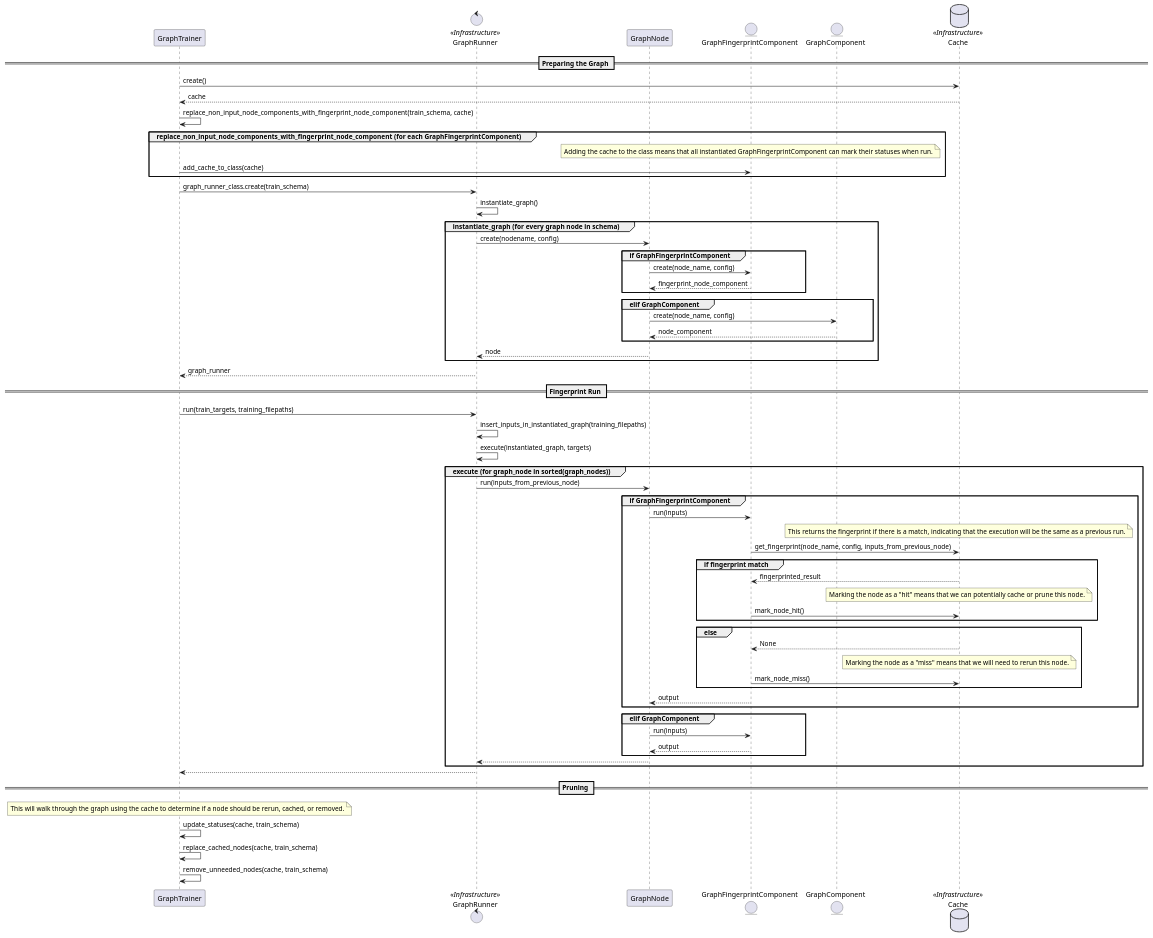
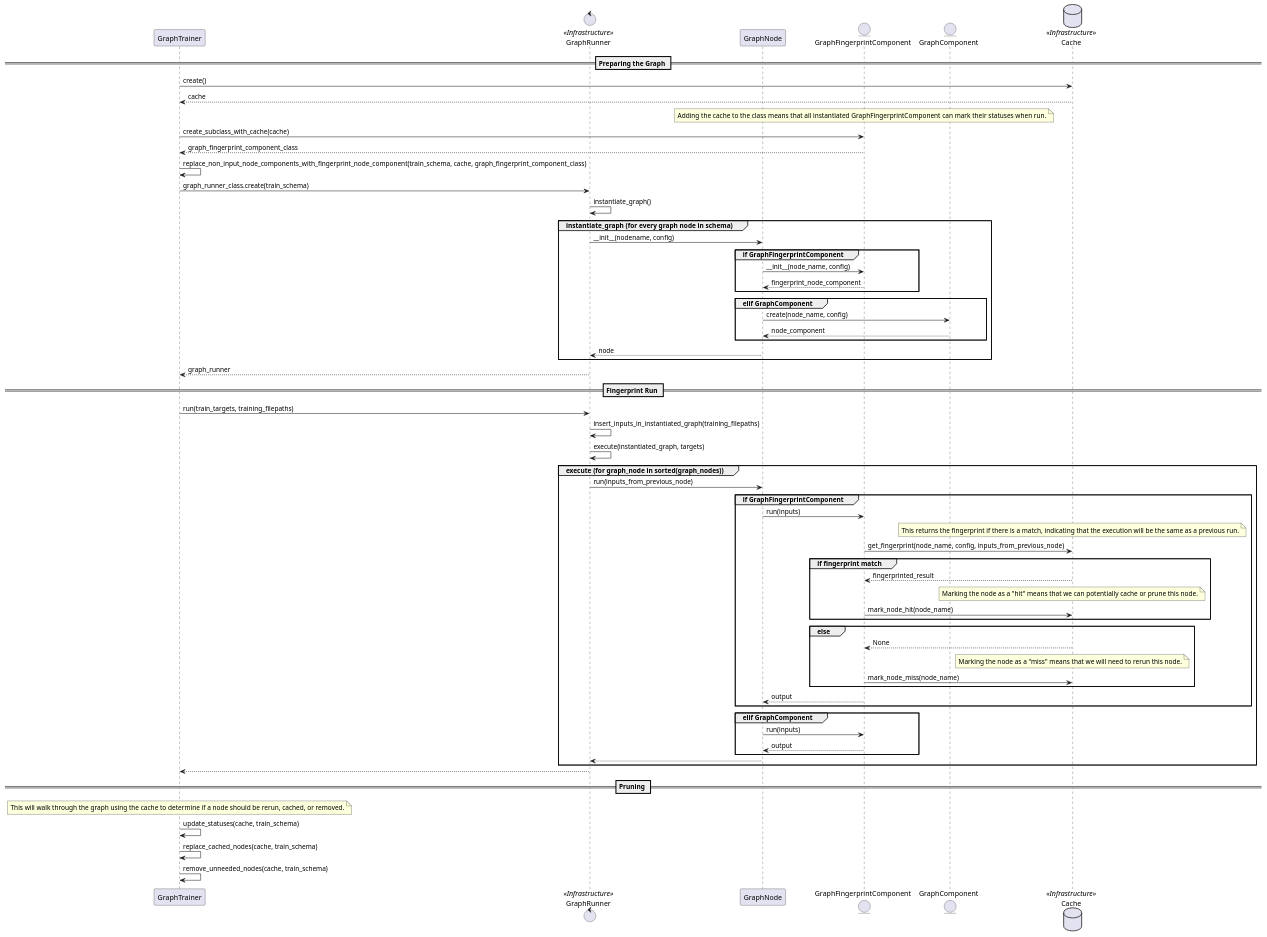
Before and after one commit to RasaHQ/rasa: the diagram in fingerprint_and_prune.plantuml, drawn with PlantUML. The commit also changed 3 other files, not shown here.

```diff
--- a/fingerprint_and_prune.plantuml
+++ b/fingerprint_and_prune.plantuml
@@ -2,89 +2,94 @@
 @startuml Fingerprint Run and Graph Pruning
+
+
+'TODO:
+'don't add to cache class, create object or dynamic subclass
+' create -> init
+' storage?
 
 participant GraphTrainer order 3
 
 control GraphRunner <<Infrastructure>> order 5
 participant GraphNode order 7
 entity GraphFingerprintComponent order 8
 entity GraphComponent order 9
 database Cache <<Infrastructure>> order 10
 
 == Preparing the Graph ==
 
 GraphTrainer -> Cache: create()
 GraphTrainer <-- Cache: cache
+note over GraphFingerprintComponent: Adding the cache to the class means that all instantiated GraphFingerprintComponent can mark their statuses when run.
+GraphTrainer -> GraphFingerprintComponent: create_subclass_with_cache(cache)
+GraphTrainer <-- GraphFingerprintComponent: graph_fingerprint_component_class
 
-GraphTrainer -> GraphTrainer: replace_non_input_node_components_with_fingerprint_node_component(train_schema, cache)
-group replace_non_input_node_components_with_fingerprint_node_component (for each GraphFingerprintComponent)
-    note over GraphFingerprintComponent: Adding the cache to the class means that all instantiated GraphFingerprintComponent can mark their statuses when run.
-    GraphTrainer -> GraphFingerprintComponent: add_cache_to_class(cache)
-end
+GraphTrainer -> GraphTrainer: replace_non_input_node_components_with_fingerprint_node_component(train_schema, cache, graph_fingerprint_component_class)
 
 GraphTrainer -> GraphRunner: graph_runner_class.create(train_schema)
 
 GraphRunner -> GraphRunner: instantiate_graph()
 
 group instantiate_graph (for every graph node in schema)
 
-    GraphRunner -> GraphNode: create(nodename, config)
+    GraphRunner -> GraphNode: ~__init__(nodename, config)
 
     group if GraphFingerprintComponent
-        GraphNode -> GraphFingerprintComponent: create(node_name, config)
+        GraphNode -> GraphFingerprintComponent: ~__init__(node_name, config)
         GraphNode <-- GraphFingerprintComponent: fingerprint_node_component
     end
     group elif GraphComponent
         GraphNode -> GraphComponent: create(node_name, config)
         GraphNode <-- GraphComponent: node_component
     end
     GraphRunner <-- GraphNode: node
 end
 
 
 GraphTrainer <-- GraphRunner: graph_runner
 
 == Fingerprint Run ==
 
 GraphTrainer -> GraphRunner: run(train_targets, training_filepaths)
 
 GraphRunner -> GraphRunner: insert_inputs_in_instantiated_graph(training_filepaths)
 
 GraphRunner -> GraphRunner: execute(instantiated_graph, targets)
 
 group execute (for graph_node in sorted(graph_nodes))
     GraphRunner -> GraphNode: run(inputs_from_previous_node)
 
     'TODO: edge nodes are still GraphComponent
     group if GraphFingerprintComponent
         GraphNode -> GraphFingerprintComponent: run(inputs)
         'TODO: cache using component_name not node_name
         note over Cache: This returns the fingerprint if there is a match, indicating that the execution will be the same as a previous run.
         GraphFingerprintComponent -> Cache: get_fingerprint(node_name, config, inputs_from_previous_node)
         group if fingerprint match
             GraphFingerprintComponent <-- Cache: fingerprinted_result
             note over Cache: Marking the node as a "hit" means that we can potentially cache or prune this node.
-            GraphFingerprintComponent -> Cache: mark_node_hit()
+            GraphFingerprintComponent -> Cache: mark_node_hit(node_name)
         end
         group else
             GraphFingerprintComponent <-- Cache: None
             note over Cache: Marking the node as a "miss" means that we will need to rerun this node.
-            GraphFingerprintComponent -> Cache: mark_node_miss()
+            GraphFingerprintComponent -> Cache: mark_node_miss(node_name)
         end
         GraphNode <-- GraphFingerprintComponent: output
     end
     group elif GraphComponent
         GraphNode -> GraphFingerprintComponent: run(inputs)
         GraphNode <-- GraphFingerprintComponent: output
     end
     GraphRunner <-- GraphNode
 end
 
 GraphTrainer <-- GraphRunner
 
 == Pruning ==
 
 note over GraphTrainer: This will walk through the graph using the cache to determine if a node should be rerun, cached, or removed.
 GraphTrainer -> GraphTrainer: update_statuses(cache, train_schema)
 GraphTrainer -> GraphTrainer: replace_cached_nodes(cache, train_schema)
 GraphTrainer -> GraphTrainer: remove_unneeded_nodes(cache, train_schema)
 
 @enduml
```
